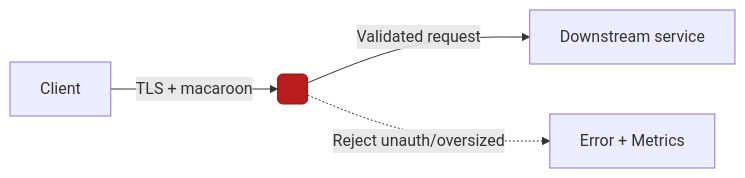
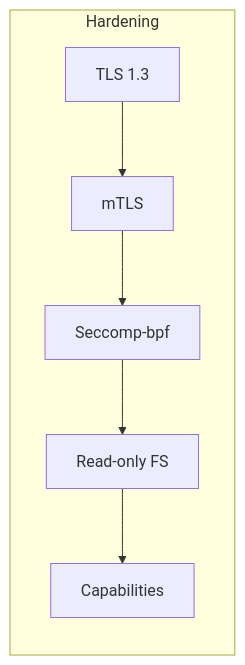
One commit to Y3LLOWVESTS/rustyonions changed the diagram in crates/ron-ledger/docs/SECURITY.MD. Above: the diagram before and after it, drawn with Mermaid. The commit also changed other lines of this file and 55 other files, not shown here.

````diff
--- a/crates/ron-ledger/docs/SECURITY.MD
+++ b/crates/ron-ledger/docs/SECURITY.MD
@@ -116,7 +195,9 @@
 ```mermaid
 flowchart LR
-  A[Client] -->|TLS + macaroon| B(<CRATE_NAME>)
-  B -->|Validated request| C[Downstream service]
-  B -.->|Reject unauth/oversized| D[Error + Metrics]
-  style B fill:#b91c1c,stroke:#7f1d1d,color:#fff
+  subgraph Hardening
+    A[TLS 1.3] --> B[mTLS]
+    B --> C[Seccomp-bpf]
+    C --> D[Read-only FS]
+    D --> E[Capabilities]
+  end
 ```
````
